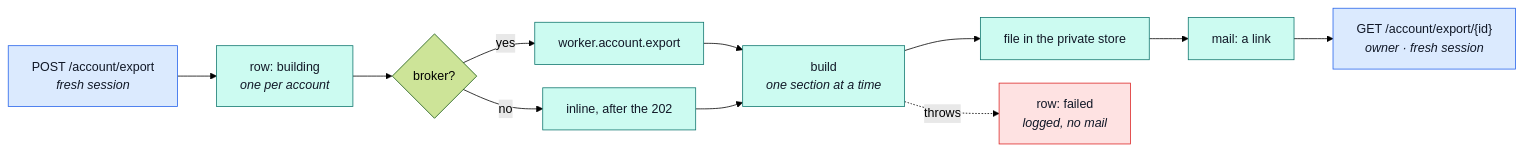
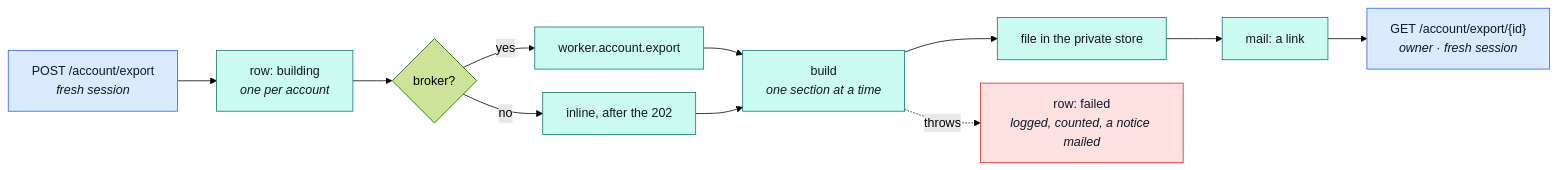
Before and after one commit to Guebbit/boilerplate-node-backend: the fourth of 4 diagrams in docs/modules/account.md, drawn with Mermaid (forest theme). The commit also changed other lines of this file and 11 other files, not shown here.

````diff
--- a/docs/modules/account.md
+++ b/docs/modules/account.md
@@ -205,21 +205,21 @@
 ```mermaid
 %%{init: {'flowchart': {'nodeSpacing': 30, 'rankSpacing': 50}}}%%
 flowchart LR
     A["POST /account/export<br/><i>fresh session</i>"] --> R["row: building<br/><i>one per account</i>"]
     R --> Q{"broker?"}
     Q -->|yes| W["worker.account.export"]
     Q -->|no| I["inline, after the 202"]
     W --> B["build<br/><i>one section at a time</i>"]
     I --> B
     B --> F["file in the private store"]
     F --> M["mail: a link"]
     M --> D["GET /account/export/{id}<br/><i>owner · fresh session</i>"]
-    B -. "throws" .-> X["row: failed<br/><i>logged, no mail</i>"]
+    B -. "throws" .-> X["row: failed<br/><i>logged, counted, a notice mailed</i>"]
 
     classDef entry fill:#dbeafe,stroke:#2563eb,color:#111827;
     classDef warn fill:#fee2e2,stroke:#dc2626,color:#111827;
     classDef done fill:#ccfbf1,stroke:#0f766e,color:#111827;
     class A,D entry;
     class X warn;
     class R,W,I,B,F,M done;
 ```
````
